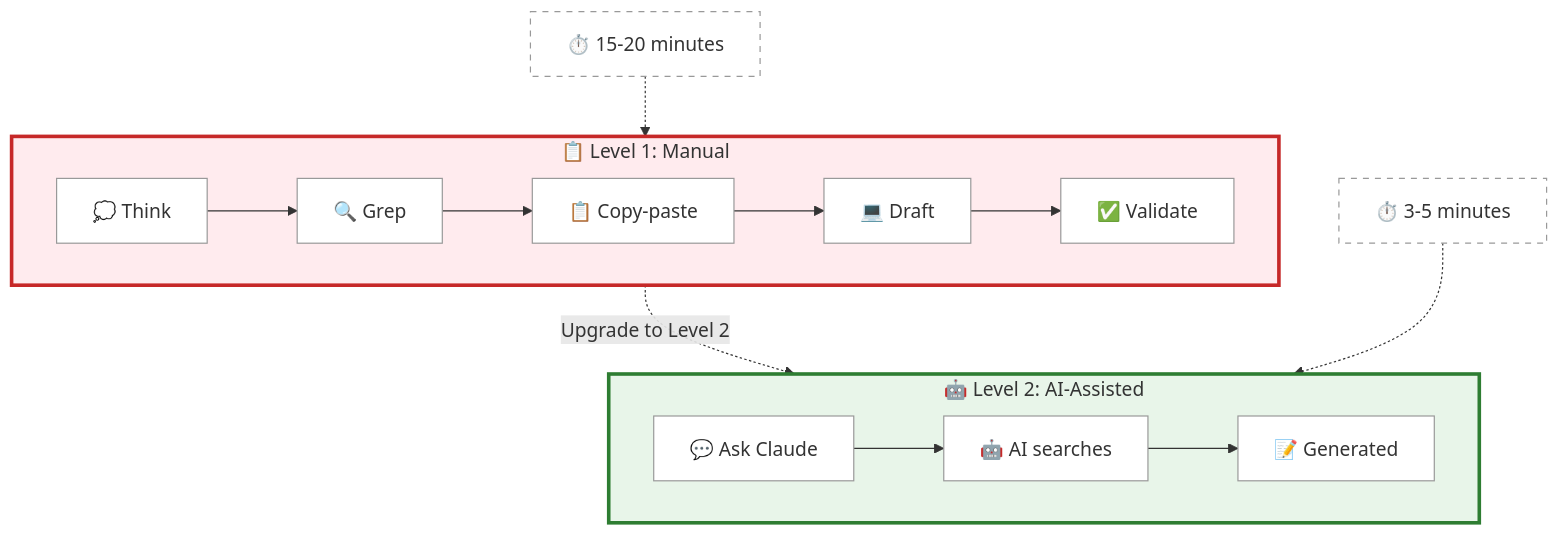
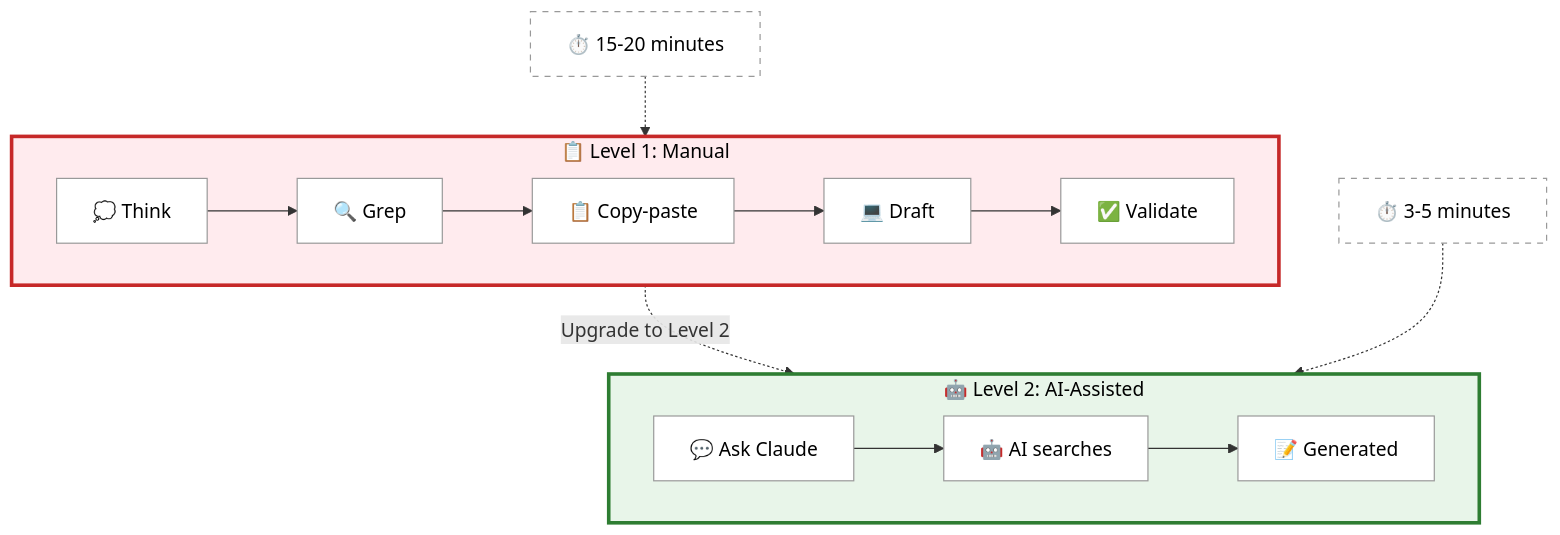
Before and after one commit to Nebulock-Inc/agentic-threat-hunting-framework: the third of 4 diagrams in README.md, drawn with Mermaid. The commit also changed other lines of this file and 1 other file, not shown here.

Commit message:
mermaid diagram fonts are now black, making them more readable

````diff
--- a/README.md
+++ b/README.md
@@ -174,33 +174,33 @@
 ```mermaid
 graph TB
     T1["⏱️ 15-20 minutes"]
     T2["⏱️ 3-5 minutes"]
 
     subgraph Level1["📋 Level 1: Manual"]
         direction LR
         M1["💭 Think"] --> M2["🔍 Grep"] --> M3["📋 Copy-paste"] --> M4["💻 Draft"] --> M5["✅ Validate"]
     end
 
     T1 -.-> Level1
     Level1 -.Upgrade to Level 2.-> Level2
 
     subgraph Level2["🤖 Level 2: AI-Assisted"]
         direction LR
         A1["💬 Ask Claude"] --> A2["🤖 AI searches"] --> A3["📝 Generated"]
     end
 
     T2 -.-> Level2
 
-    style Level1 fill:#ffebee,stroke:#c62828,stroke-width:3px
-    style Level2 fill:#e8f5e9,stroke:#2e7d32,stroke-width:3px
-    style T1 fill:#fff,stroke:#999,stroke-dasharray: 5 5
-    style T2 fill:#fff,stroke:#999,stroke-dasharray: 5 5
-    style M1 fill:#fff,stroke:#999
-    style M2 fill:#fff,stroke:#999
-    style M3 fill:#fff,stroke:#999
-    style M4 fill:#fff,stroke:#999
-    style M5 fill:#fff,stroke:#999
-    style A1 fill:#fff,stroke:#999
-    style A2 fill:#fff,stroke:#999
-    style A3 fill:#fff,stroke:#999
+    style Level1 fill:#ffebee,stroke:#c62828,stroke-width:3px,color:#000
+    style Level2 fill:#e8f5e9,stroke:#2e7d32,stroke-width:3px,color:#000
+    style T1 fill:#fff,stroke:#999,stroke-dasharray: 5 5,color:#000
+    style T2 fill:#fff,stroke:#999,stroke-dasharray: 5 5,color:#000
+    style M1 fill:#fff,stroke:#999,color:#000
+    style M2 fill:#fff,stroke:#999,color:#000
+    style M3 fill:#fff,stroke:#999,color:#000
+    style M4 fill:#fff,stroke:#999,color:#000
+    style M5 fill:#fff,stroke:#999,color:#000
+    style A1 fill:#fff,stroke:#999,color:#000
+    style A2 fill:#fff,stroke:#999,color:#000
+    style A3 fill:#fff,stroke:#999,color:#000
 ```
````
